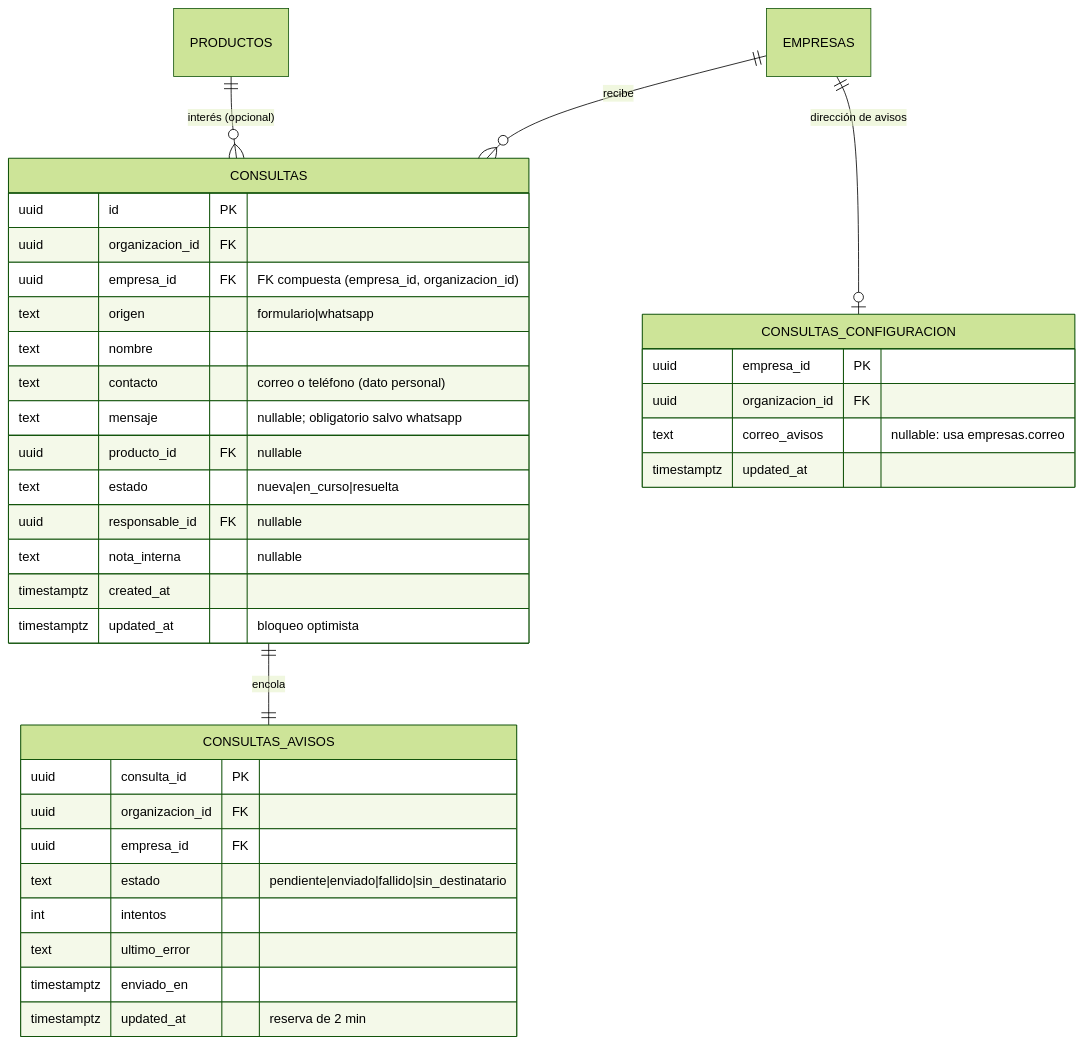
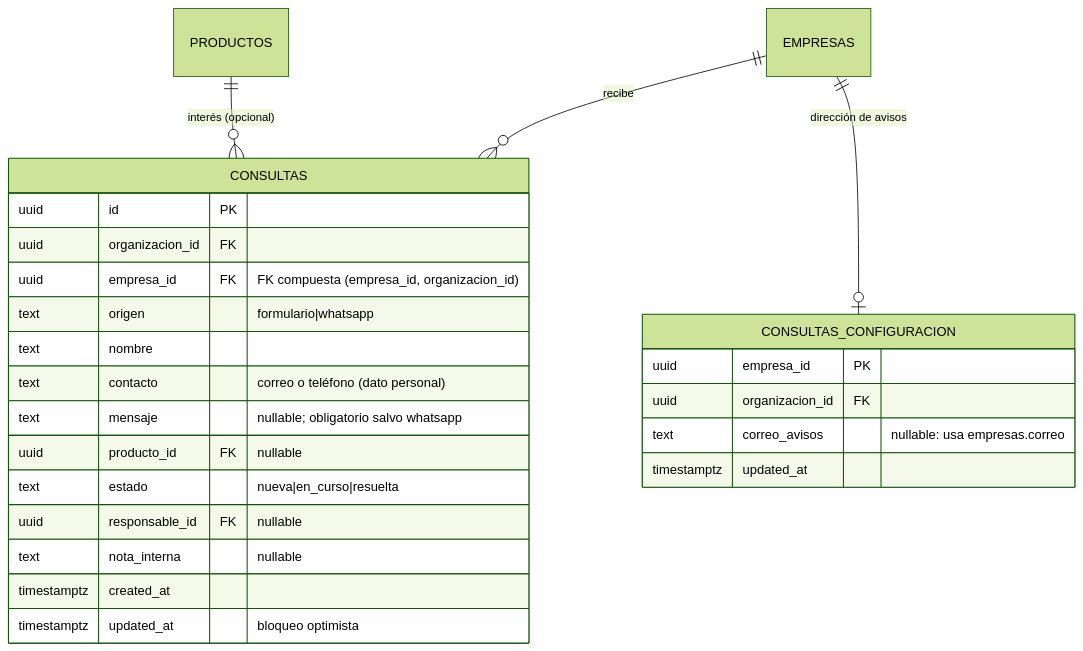
The first of 3 diagrams in docs/tecnico/consultas.md (nicolasjones/multistorefront-meli), drawn with Mermaid (forest theme) before and after one commit. The commit also changed other lines of this file and 16 other files, not shown here.

````diff
--- a/docs/tecnico/consultas.md
+++ b/docs/tecnico/consultas.md
@@ -47,39 +63,28 @@
 ```mermaid
 erDiagram
   EMPRESAS ||--o{ CONSULTAS : "recibe"
   PRODUCTOS ||--o{ CONSULTAS : "interés (opcional)"
-  CONSULTAS ||--|| CONSULTAS_AVISOS : "encola"
   EMPRESAS ||--o| CONSULTAS_CONFIGURACION : "dirección de avisos"
 
   CONSULTAS {
     uuid id PK
     uuid organizacion_id FK
     uuid empresa_id FK "FK compuesta (empresa_id, organizacion_id)"
     text origen "formulario|whatsapp"
     text nombre
     text contacto "correo o teléfono (dato personal)"
     text mensaje "nullable; obligatorio salvo whatsapp"
     uuid producto_id FK "nullable"
     text estado "nueva|en_curso|resuelta"
     uuid responsable_id FK "nullable"
     text nota_interna "nullable"
     timestamptz created_at
     timestamptz updated_at "bloqueo optimista"
   }
   CONSULTAS_CONFIGURACION {
     uuid empresa_id PK
     uuid organizacion_id FK
     text correo_avisos "nullable: usa empresas.correo"
     timestamptz updated_at
   }
-  CONSULTAS_AVISOS {
-    uuid consulta_id PK
-    uuid organizacion_id FK
-    uuid empresa_id FK
-    text estado "pendiente|enviado|fallido|sin_destinatario"
-    int intentos
-    text ultimo_error
-    timestamptz enviado_en
-    timestamptz updated_at "reserva de 2 min"
-  }
 ```
````
